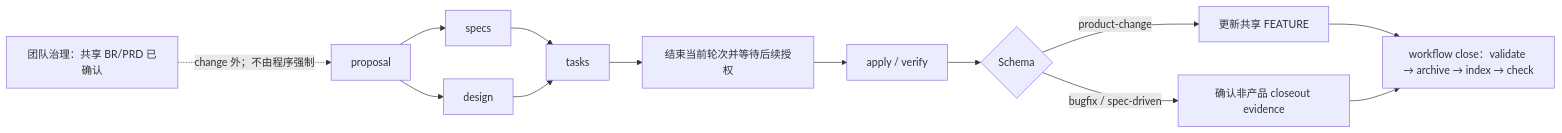
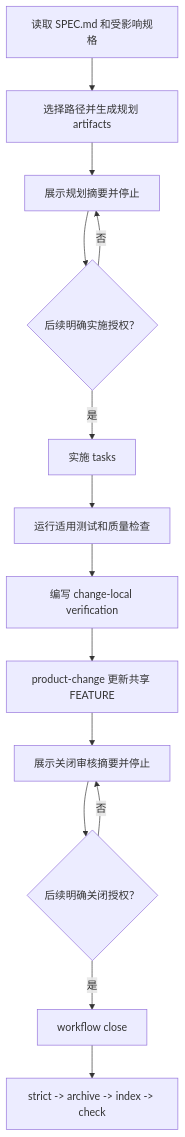
Before and after one commit to haoranliu66/openspec_workflow: the third of 3 diagrams in README.md, drawn with Mermaid. The commit also changed other lines of this file and 85 other files, not shown here.

````diff
--- a/README.md
+++ b/README.md
@@ -161,15 +180,16 @@
 ```mermaid
-flowchart LR
-    BR["团队治理：共享 BR/PRD 已确认"] -. "change 外；不由程序强制" .-> P["proposal"]
-    P --> S["specs"]
-    P --> D["design"]
-    S --> T["tasks"]
-    D --> T
-    T --> W["结束当前轮次并等待后续授权"]
-    W --> A["apply / verify"]
-    A --> K{"Schema"}
-    K -- "product-change" --> F["更新共享 FEATURE"]
-    K -- "bugfix / spec-driven" --> E["确认非产品 closeout evidence"]
-    F --> C["workflow close：validate → archive → index → check"]
-    E --> C
+flowchart TD
+    A["读取 SPEC.md 和受影响规格"] --> B["选择路径并生成规划 artifacts"]
+    B --> C["展示规划摘要并停止"]
+    C --> D{"后续明确实施授权？"}
+    D -- "否" --> C
+    D -- "是" --> E["实施 tasks"]
+    E --> F["运行适用测试和质量检查"]
+    F --> G["编写 change-local verification"]
+    G --> H["product-change 更新共享 FEATURE"]
+    H --> I["展示关闭审核摘要并停止"]
+    I --> J{"后续明确关闭授权？"}
+    J -- "否" --> I
+    J -- "是" --> K["workflow close <change>"]
+    K --> L["strict -> archive -> index -> check"]
 ```
````
